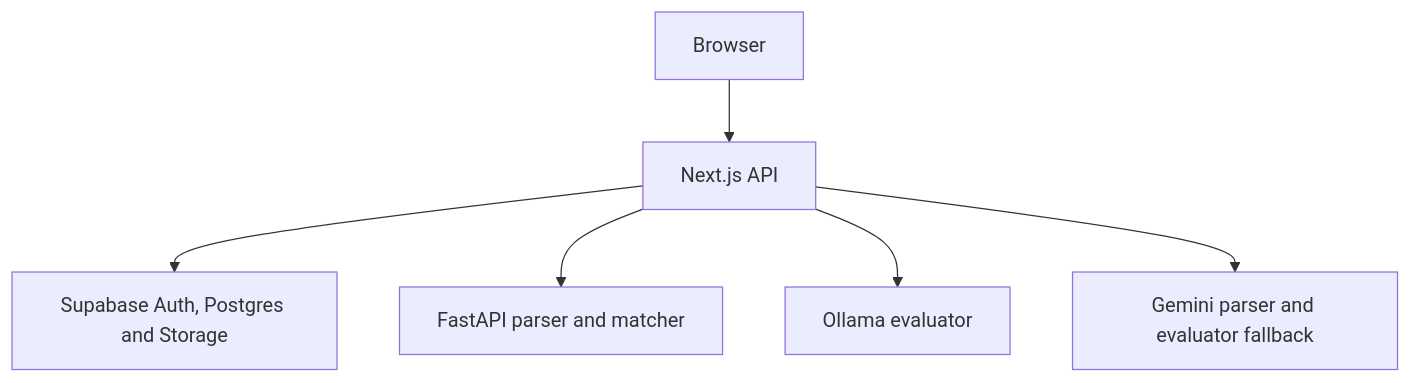
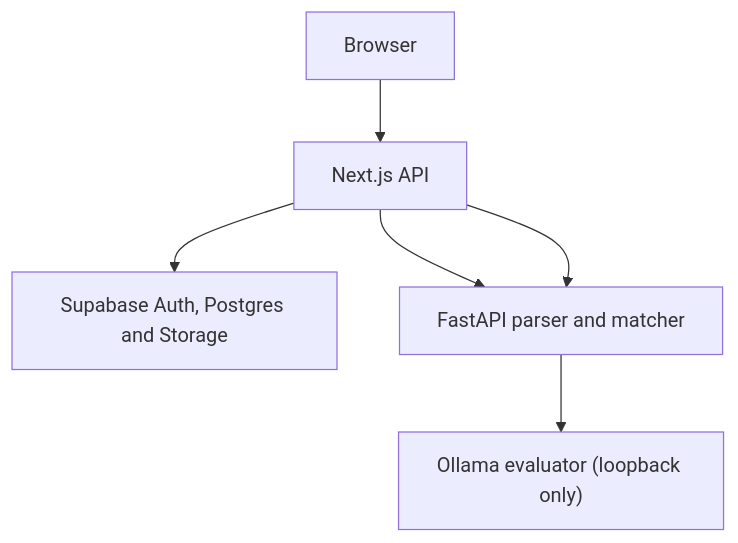
The diagram in docs/model-serving-and-fairness.md (Sambit1110/HireLabs-Platform), drawn with Mermaid before and after one commit. The commit also changed other lines of this file and 21 other files, not shown here.

````diff
--- a/docs/model-serving-and-fairness.md
+++ b/docs/model-serving-and-fairness.md
@@ -3,8 +3,8 @@
 ```mermaid
 flowchart TD
   Browser["Browser"] --> API["Next.js API"]
   API --> Supabase["Supabase Auth, Postgres and Storage"]
   API --> Server["FastAPI parser and matcher"]
-  API --> Ollama["Ollama evaluator"]
-  API --> Gemini["Gemini parser and evaluator fallback"]
+  API --> Server
+  Server --> Ollama["Ollama evaluator (loopback only)"]
 ```
````
